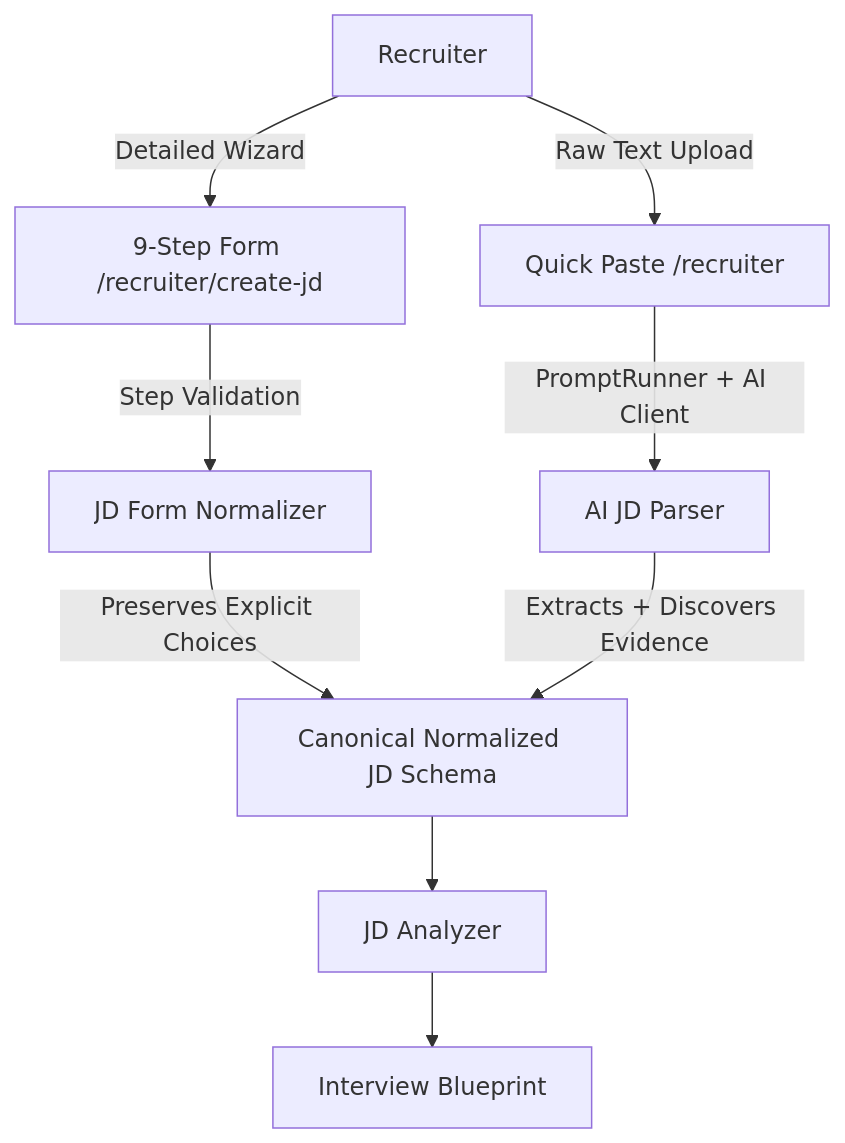
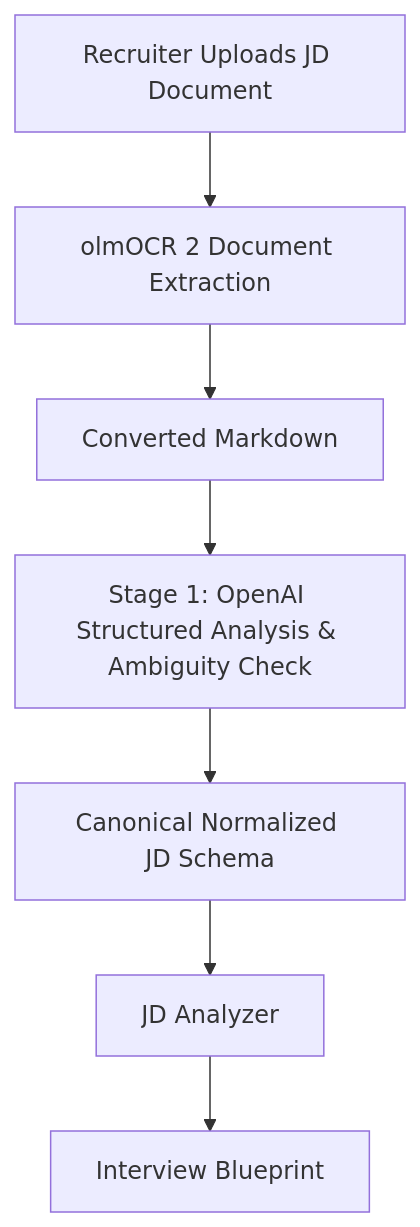
The first of 2 diagrams in docs/job-description-requirements.md (rashidiqubal-source/Manakin-AI-Interview), drawn with Mermaid before and after one commit. The commit also changed other lines of this file and 106 other files, not shown here.

````diff
--- a/docs/job-description-requirements.md
+++ b/docs/job-description-requirements.md
@@ -11,16 +10,9 @@
 ```mermaid
 flowchart TD
-    R[Recruiter]
-
-    R -->|Detailed Wizard| F[9-Step Form /recruiter/create-jd]
-    R -->|Raw Text Upload| Q[Quick Paste /recruiter]
-
-    F -->|Step Validation| V[JD Form Normalizer]
-    Q -->|PromptRunner + AI Client| P[AI JD Parser]
-
-    V -->|Preserves Explicit Choices| N[Canonical Normalized JD Schema]
-    P -->|Extracts + Discovers Evidence| N
-
+    R[Recruiter Uploads JD Document] --> OCR[olmOCR 2 Document Extraction]
+    OCR --> MD[Converted Markdown]
+    MD --> C1[Stage 1: OpenAI Structured Analysis & Ambiguity Check]
+    C1 --> N[Canonical Normalized JD Schema]
     N --> A[JD Analyzer]
     A --> B[Interview Blueprint]
 ```
````
